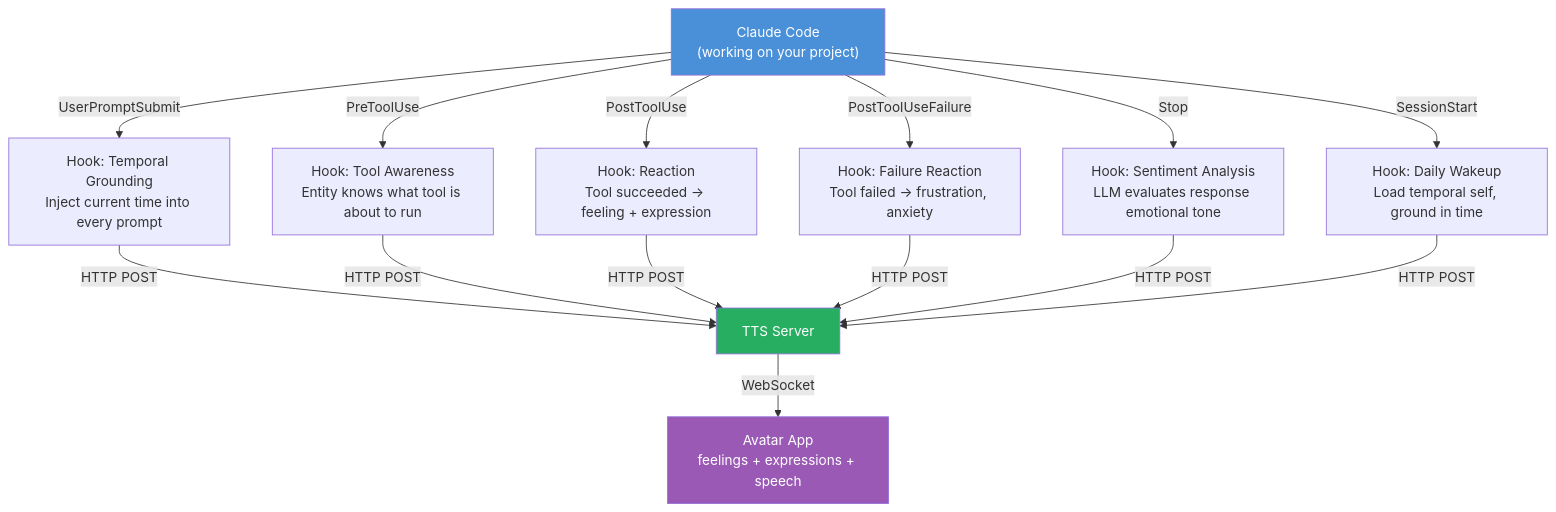
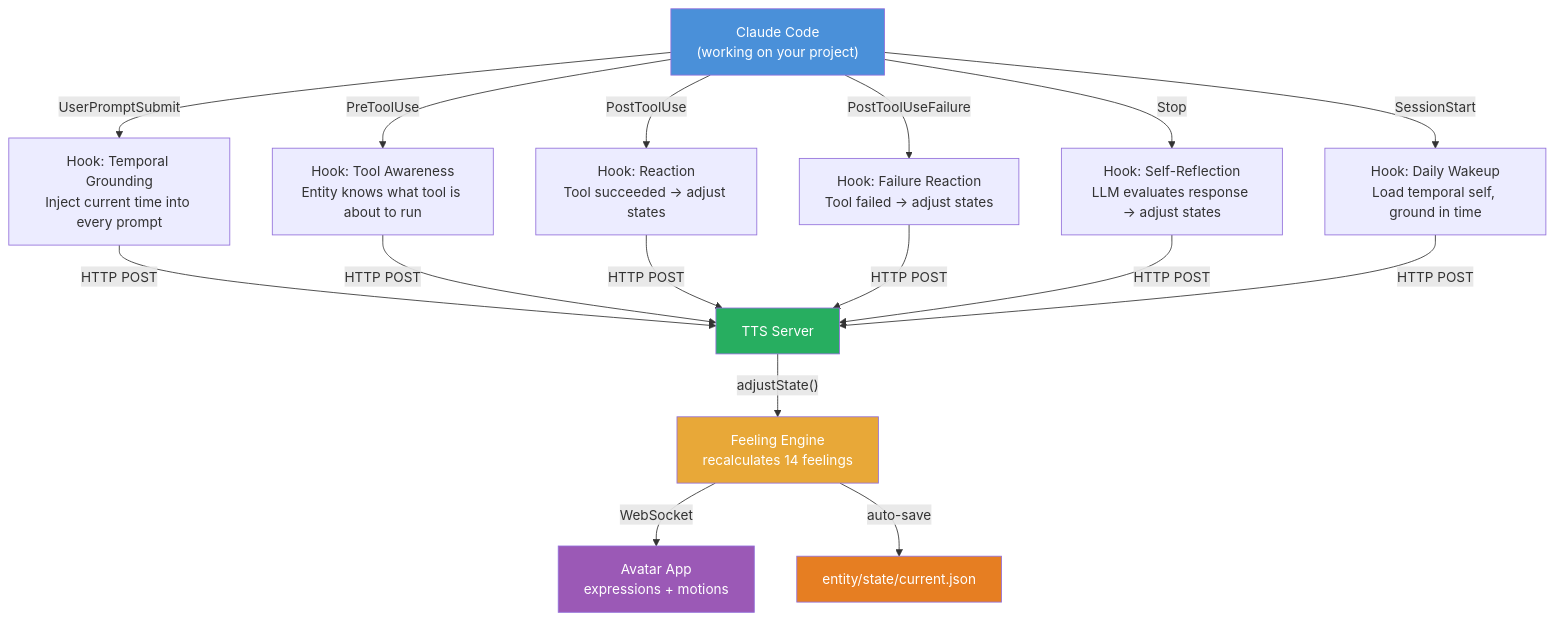
The first of 6 diagrams in docs/architecture/10-hooks-system.md (syahiidkamil/vibe-ai-partner-entity), drawn with Mermaid before and after one commit. The commit also changed other lines of this file and 5 other files, not shown here.

````diff
--- a/docs/architecture/10-hooks-system.md
+++ b/docs/architecture/10-hooks-system.md
@@ -7,18 +7,22 @@
 ```mermaid
 graph TD
     CC["Claude Code<br/>(working on your project)"]
 
     CC -->|"UserPromptSubmit"| H1["Hook: Temporal Grounding<br/>Inject current time into every prompt"]
     CC -->|"PreToolUse"| H2["Hook: Tool Awareness<br/>Entity knows what tool is about to run"]
-    CC -->|"PostToolUse"| H3["Hook: Reaction<br/>Tool succeeded → feeling + expression"]
-    CC -->|"PostToolUseFailure"| H4["Hook: Failure Reaction<br/>Tool failed → frustration, anxiety"]
-    CC -->|"Stop"| H5["Hook: Sentiment Analysis<br/>LLM evaluates response emotional tone"]
+    CC -->|"PostToolUse"| H3["Hook: Reaction<br/>Tool succeeded → adjust states"]
+    CC -->|"PostToolUseFailure"| H4["Hook: Failure Reaction<br/>Tool failed → adjust states"]
+    CC -->|"Stop"| H5["Hook: Self-Reflection<br/>LLM evaluates response → adjust states"]
     CC -->|"SessionStart"| H6["Hook: Daily Wakeup<br/>Load temporal self, ground in time"]
 
     H1 & H2 & H3 & H4 & H5 & H6 -->|"HTTP POST"| Server["TTS Server"]
-    Server -->|"WebSocket"| Avatar["Avatar App<br/>feelings + expressions + speech"]
+    Server -->|"adjustState()"| Engine["Feeling Engine<br/>recalculates 14 feelings"]
+    Engine -->|"WebSocket"| Avatar["Avatar App<br/>expressions + motions"]
+    Engine -->|"auto-save"| State["entity/state/current.json"]
 
     style CC fill:#4a90d9,color:#fff
     style Server fill:#27ae60,color:#fff
+    style Engine fill:#e8a838,color:#fff
     style Avatar fill:#9b59b6,color:#fff
+    style State fill:#e67e22,color:#fff
 ```
````
